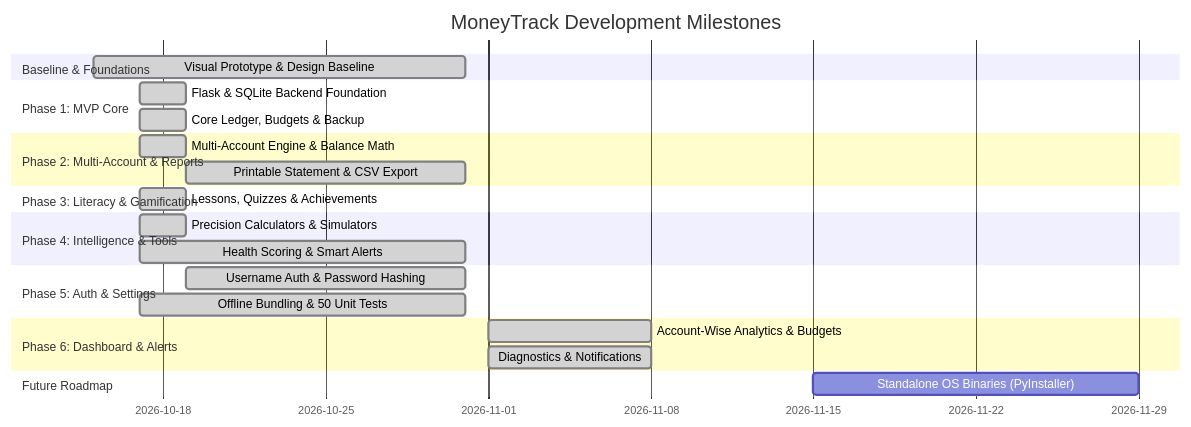
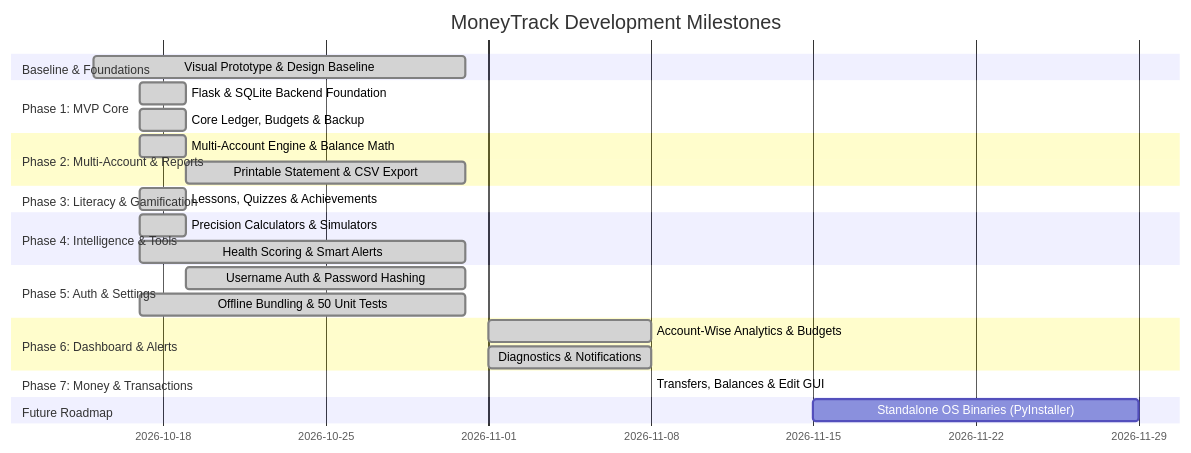
One commit to codevm-git/MoneyTrack changed the diagram in doc/TASKS.md. Above: the diagram before and after it, drawn with Mermaid. The commit also changed other lines of this file and 7 other files, not shown here.

````diff
--- a/doc/TASKS.md
+++ b/doc/TASKS.md
@@ -17,26 +17,28 @@
 ```mermaid
 gantt
     title MoneyTrack Development Milestones
     dateFormat  YYYY-MM-DD
     section Baseline & Foundations
     Visual Prototype & Design Baseline  :done, p0, 2026-10-15, 2026-10-31
     section Phase 1: MVP Core
     Flask & SQLite Backend Foundation   :done, p1_1, 2026-10-17, 2026-10-19
     Core Ledger, Budgets & Backup       :done, p1_2, 2026-10-17, 2026-10-19
     section Phase 2: Multi-Account & Reports
     Multi-Account Engine & Balance Math :done, p2_1, 2026-10-17, 2026-10-19
     Printable Statement & CSV Export    :done, p2_2, 2026-10-19, 2026-10-31
     section Phase 3: Literacy & Gamification
     Lessons, Quizzes & Achievements     :done, p3_1, 2026-10-17, 2026-10-19
     section Phase 4: Intelligence & Tools
     Precision Calculators & Simulators  :done, p4_1, 2026-10-17, 2026-10-19
     Health Scoring & Smart Alerts       :done, p4_2, 2026-10-17, 2026-10-31
     section Phase 5: Auth & Settings
     Username Auth & Password Hashing    :done, p5_1, 2026-10-19, 2026-10-31
     Offline Bundling & 50 Unit Tests    :done, p5_2, 2026-10-17, 2026-10-31
     section Phase 6: Dashboard & Alerts
     Account-Wise Analytics & Budgets    :done, p6_1, 2026-11-01, 2026-11-08
     Diagnostics & Notifications         :done, p6_2, 2026-11-01, 2026-11-08
+    section Phase 7: Money & Transactions
+    Transfers, Balances & Edit GUI      :done, p7_1, 2026-11-08, 2026-11-08
     section Future Roadmap
-    Standalone OS Binaries (PyInstaller):p7_1, 2026-11-15, 14d
+    Standalone OS Binaries (PyInstaller):p8_1, 2026-11-15, 14d
 ```
````
